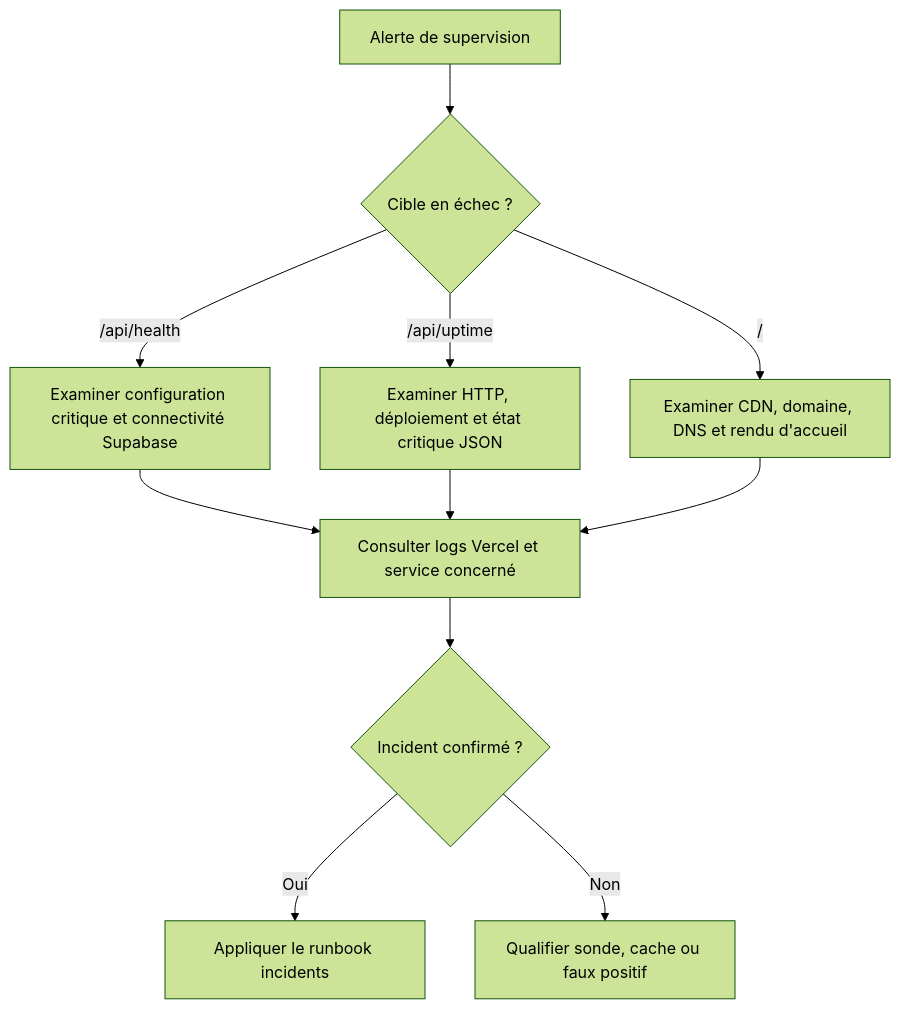
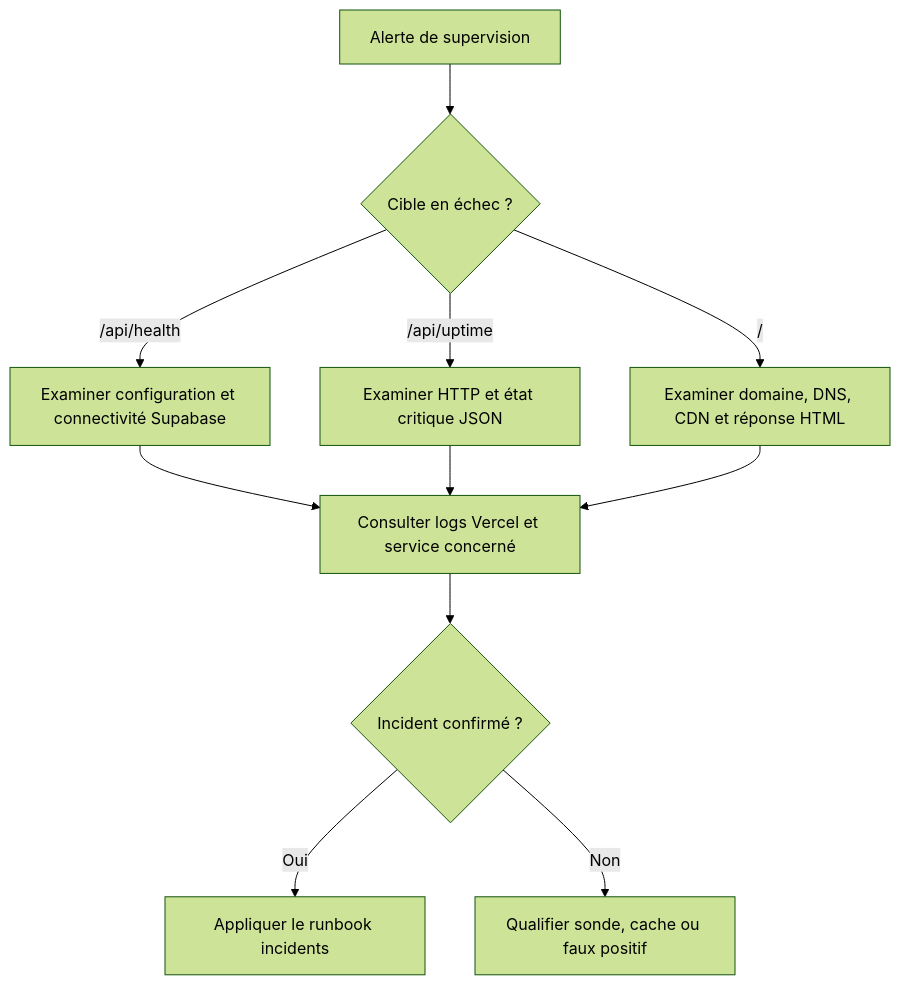
The diagram in documentation/operations/cloudflare-uptimerobot-checklist.md (maxd4/CleanmyMap), drawn with Mermaid (forest theme) before and after one commit. The commit also changed other lines of this file, not shown here.

Commit message:
docs(operations): align economical uptime monitoring

````diff
--- a/documentation/operations/cloudflare-uptimerobot-checklist.md
+++ b/documentation/operations/cloudflare-uptimerobot-checklist.md
@@ -132,13 +131,13 @@
 ```mermaid
 flowchart TD
   A[Alerte de supervision] --> B{Cible en échec ?}
-  B -- /api/health --> C[Examiner configuration critique et connectivité Supabase]
-  B -- /api/uptime --> D[Examiner HTTP, déploiement et état critique JSON]
-  B -- / --> E[Examiner CDN, domaine, DNS et rendu d'accueil]
+  B -- /api/health --> C[Examiner configuration et connectivité Supabase]
+  B -- /api/uptime --> D[Examiner HTTP et état critique JSON]
+  B -- / --> E[Examiner domaine, DNS, CDN et réponse HTML]
   C --> F[Consulter logs Vercel et service concerné]
   D --> F
   E --> F
   F --> G{Incident confirmé ?}
   G -- Oui --> H[Appliquer le runbook incidents]
   G -- Non --> I[Qualifier sonde, cache ou faux positif]
 ```
````
